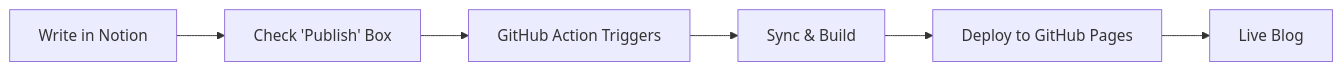
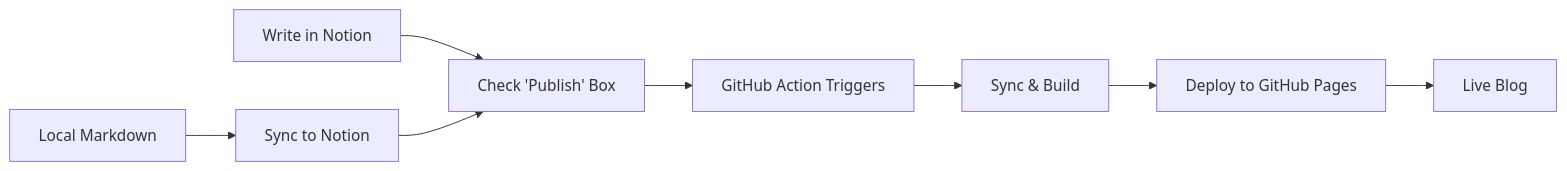
Before and after one commit to adalgu/notion-hugo-flow: the diagram in README.md, drawn with Mermaid. The commit also changed other lines of this file and 10 other files, not shown here.

First line of the commit message:
feat: rename project to notion-hugo-flow and translate to English for global open source

````diff
--- a/README.md
+++ b/README.md
@@ -39,8 +41,11 @@
 ```mermaid
 graph LR
     A[Write in Notion] --> B[Check 'Publish' Box]
     B --> C[GitHub Action Triggers]
     C --> D[Sync & Build]
     D --> E[Deploy to GitHub Pages]
     E --> F[Live Blog]
+    
+    G[Local Markdown] --> H[Sync to Notion]
+    H --> B
 ```
````
